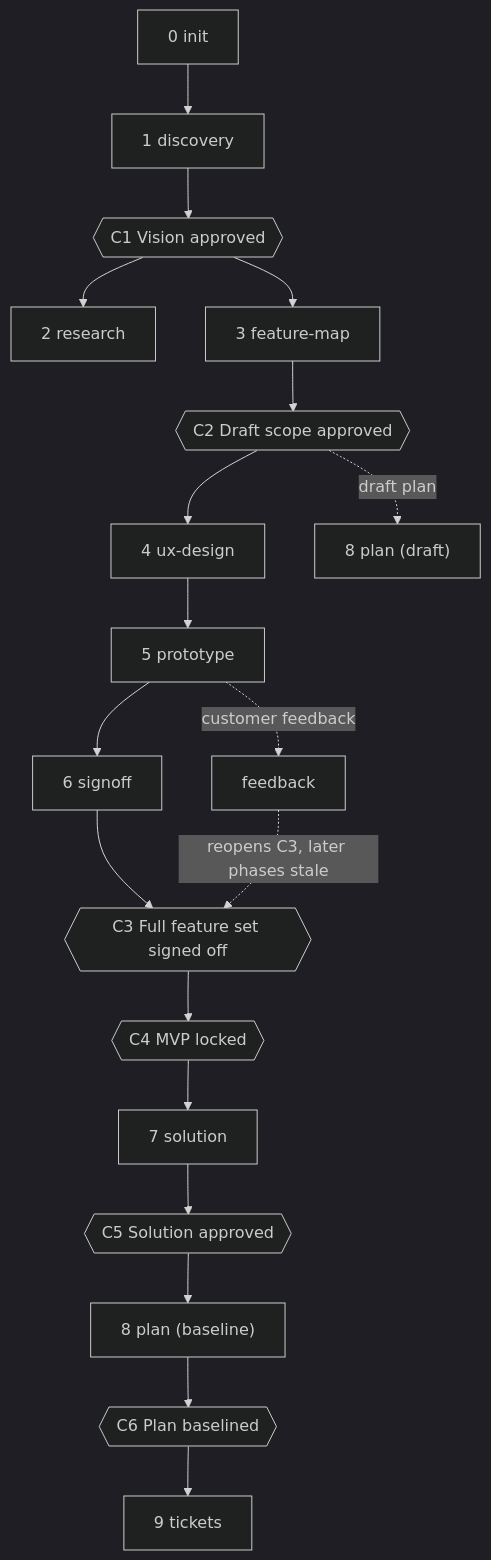
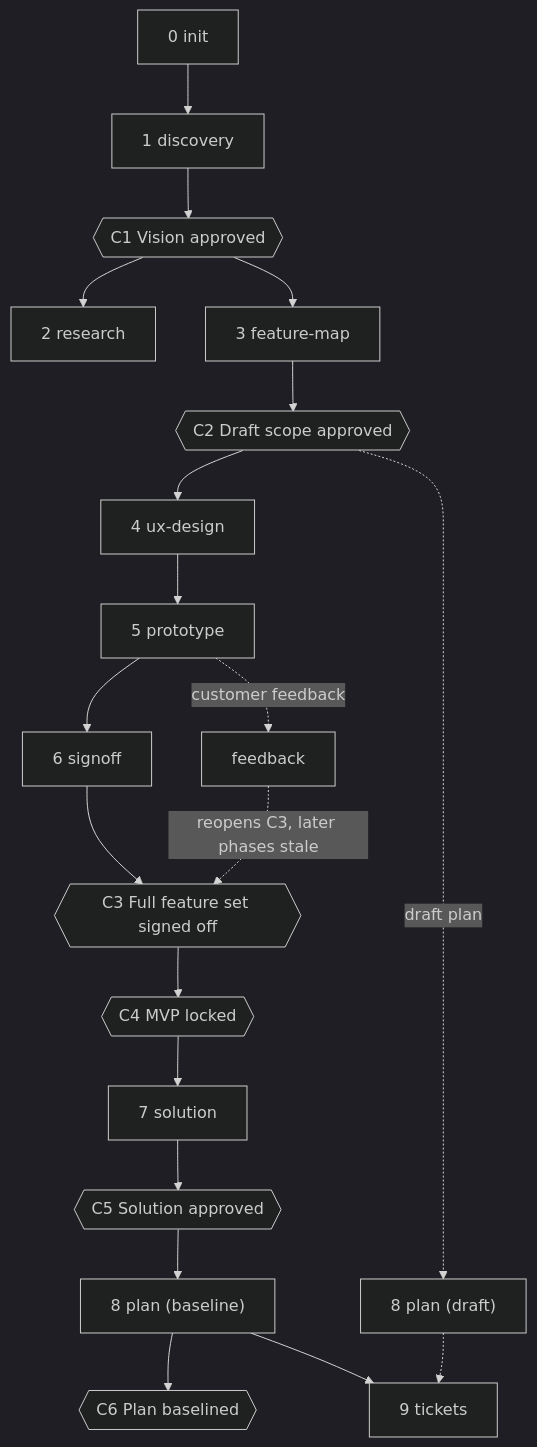
The diagram in README.md (ivai-dev/kick), drawn with Mermaid (dark theme) before and after one commit. The commit also changed other lines of this file and 6 other files, not shown here.

````diff
--- a/README.md
+++ b/README.md
@@ -13,21 +13,22 @@
 ```mermaid
 flowchart TD
     P0["0 init"] --> P1["1 discovery"]
     P1 --> C1{{"C1 Vision approved"}}
     C1 --> P2["2 research"]
     C1 --> P3["3 feature-map"]
     P3 --> C2{{"C2 Draft scope approved"}}
     C2 --> P4["4 ux-design"]
     P4 --> P5["5 prototype"]
     P5 --> P6["6 signoff"]
     P6 --> C3{{"C3 Full feature set signed off"}}
     C3 --> C4{{"C4 MVP locked"}}
     C4 --> P7["7 solution"]
     P7 --> C5{{"C5 Solution approved"}}
     C5 --> P8["8 plan (baseline)"]
     P8 --> C6{{"C6 Plan baselined"}}
-    C6 --> P9["9 tickets"]
+    P8 --> P9["9 tickets"]
     C2 -.->|"draft plan"| P8d["8 plan (draft)"]
+    P8d -.-> P9
     P5 -.->|"customer feedback"| FB["feedback"]
     FB -.->|"reopens C3, later phases stale"| C3
 ```
````
